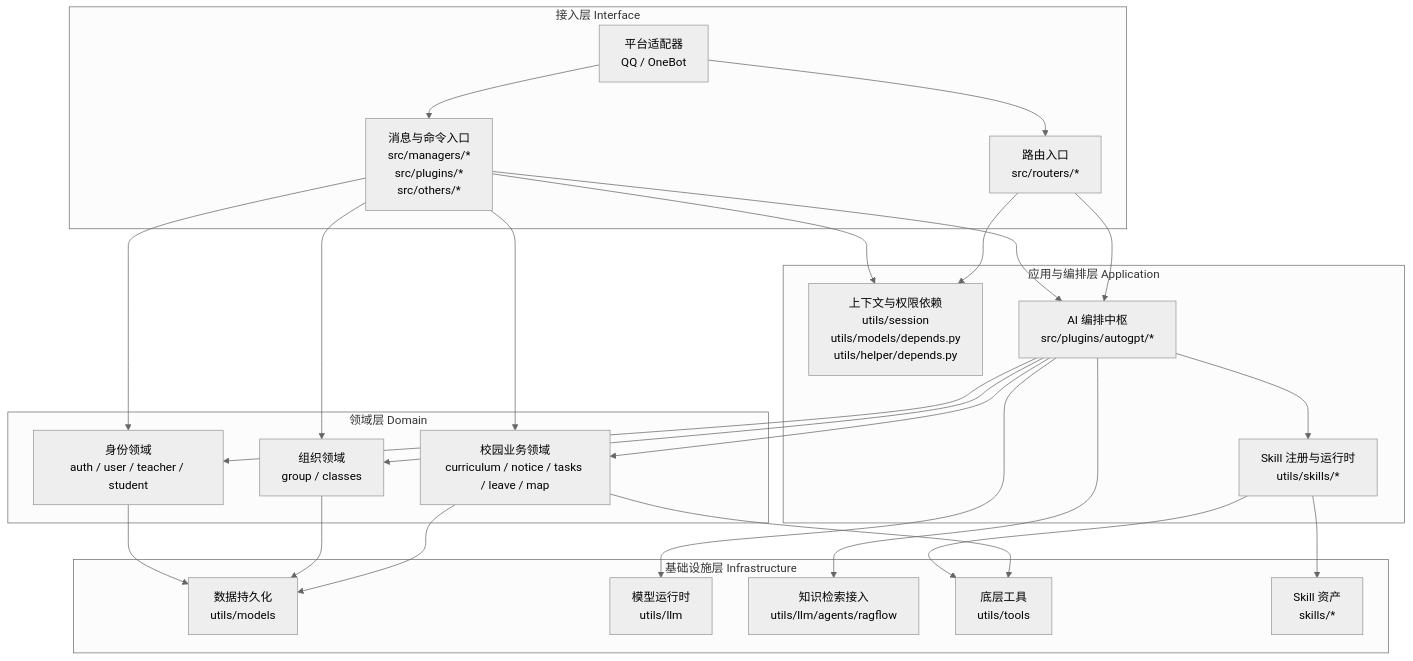
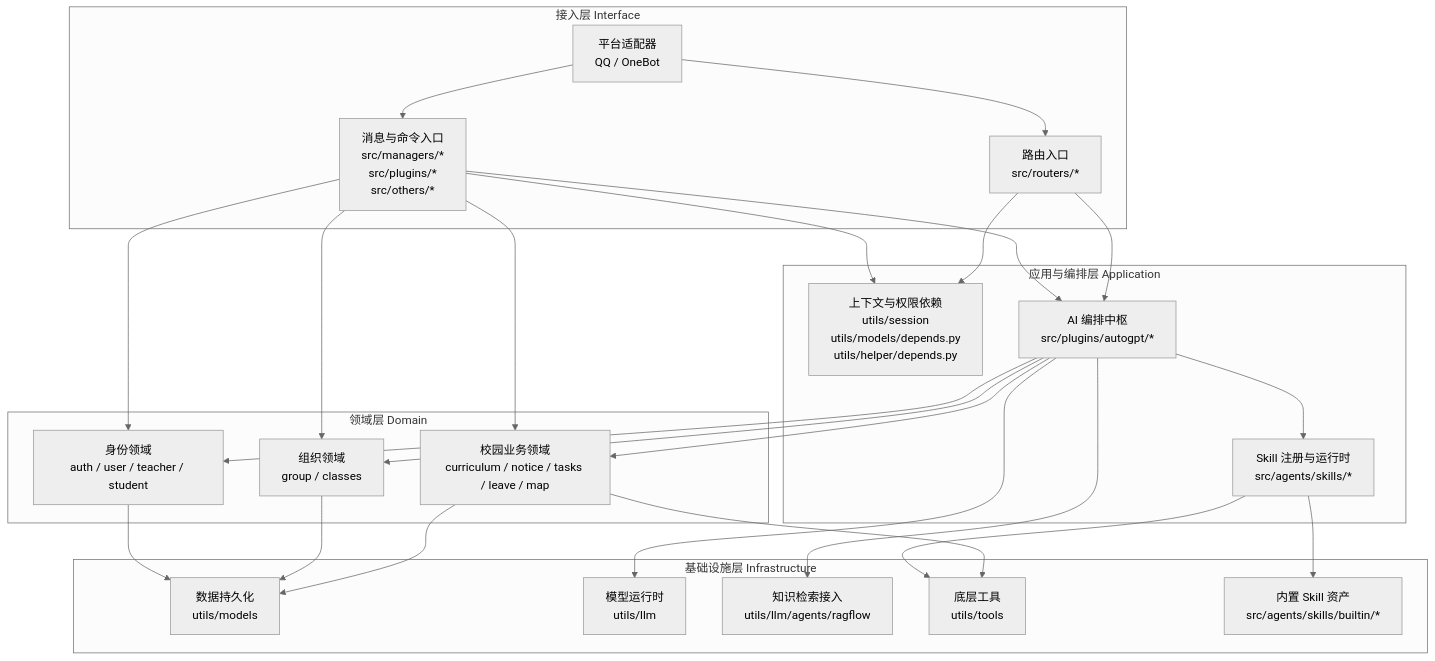
One commit to ClassRobot/ClassRobot changed the second of 5 diagrams in docs/architecture/architecture-views.md. Above: the diagram before and after it, drawn with Mermaid (neutral theme). The commit also changed other lines of this file and 39 other files, not shown here.

````diff
--- a/docs/architecture/architecture-views.md
+++ b/docs/architecture/architecture-views.md
@@ -50,49 +50,49 @@
 ```mermaid
 flowchart TB
     subgraph Interface["接入层 Interface"]
         Adapters["平台适配器\nQQ / OneBot"]
         Matchers["消息与命令入口\nsrc/managers/*\nsrc/plugins/*\nsrc/others/*"]
         Routers["路由入口\nsrc/routers/*"]
         Adapters --> Matchers
         Adapters --> Routers
     end
 
     subgraph Application["应用与编排层 Application"]
         Depends["上下文与权限依赖\nutils/session\nutils/models/depends.py\nutils/helper/depends.py"]
         AutoGPT["AI 编排中枢\nsrc/plugins/autogpt/*"]
-        SkillRegistry["Skill 注册与运行时\nutils/skills/*"]
+        SkillRegistry["Skill 注册与运行时\nsrc/agents/skills/*"]
         Matchers --> Depends
         Matchers --> AutoGPT
         Routers --> Depends
         Routers --> AutoGPT
     end
 
     subgraph Domain["领域层 Domain"]
         Identity["身份领域\nauth / user / teacher / student"]
         Organization["组织领域\ngroup / classes"]
         Campus["校园业务领域\ncurriculum / notice / tasks / leave / map"]
         Matchers --> Identity
         Matchers --> Organization
         Matchers --> Campus
         AutoGPT --> Identity
         AutoGPT --> Organization
         AutoGPT --> Campus
         AutoGPT --> SkillRegistry
     end
 
     subgraph Infrastructure["基础设施层 Infrastructure"]
         ORM["数据持久化\nutils/models"]
         LLMRuntime["模型运行时\nutils/llm"]
         RagClient["知识检索接入\nutils/llm/agents/ragflow"]
         ToolStack["底层工具\nutils/tools"]
-        SkillAssets["Skill 资产\nskills/*"]
+        SkillAssets["内置 Skill 资产\nsrc/agents/skills/builtin/*"]
         Identity --> ORM
         Organization --> ORM
         Campus --> ORM
         AutoGPT --> LLMRuntime
         AutoGPT --> RagClient
         SkillRegistry --> ToolStack
         SkillRegistry --> SkillAssets
         Campus --> ToolStack
     end
 ```
````
